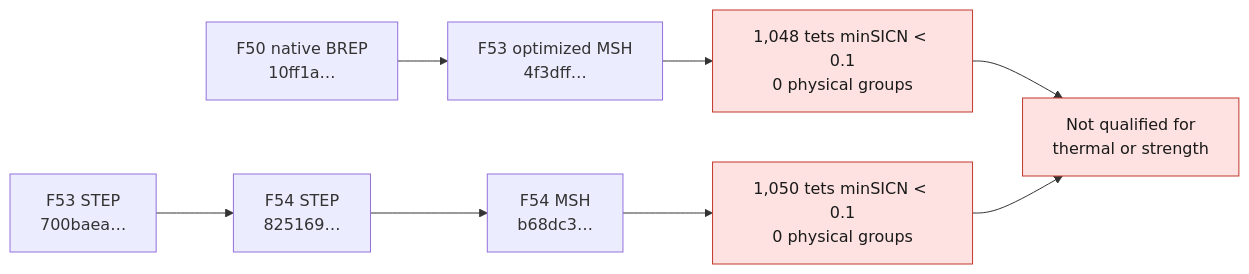
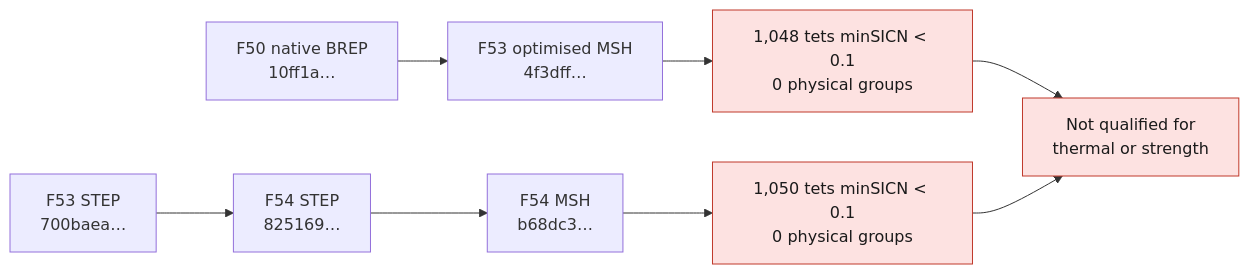
Before and after one commit to cluster2600/porscheparts: the diagram in docs/reports/M64_SOLID_MESH_AUDIT_20260907.md, drawn with Mermaid. The commit also changed other lines of this file and 480 other files, not shown here.

````diff
--- a/docs/reports/M64_SOLID_MESH_AUDIT_20260907.md
+++ b/docs/reports/M64_SOLID_MESH_AUDIT_20260907.md
@@ -12,12 +12,12 @@
 ```mermaid
 flowchart LR
-    A["F50 native BREP<br/>10ff1a…"] --> B["F53 optimized MSH<br/>4f3dff…"]
+    A["F50 native BREP<br/>10ff1a…"] --> B["F53 optimised MSH<br/>4f3dff…"]
     C["F53 STEP<br/>700baea…"] --> D["F54 STEP<br/>825169…"]
     D --> E["F54 MSH<br/>b68dc3…"]
     B --> F["1,048 tets minSICN < 0.1<br/>0 physical groups"]
     E --> G["1,050 tets minSICN < 0.1<br/>0 physical groups"]
     F --> H["Not qualified for<br/>thermal or strength"]
     G --> H
     classDef stop fill:#fde2e1,stroke:#c0392b,color:#1a1a1a;
     class F,G,H stop;
 ```
````
